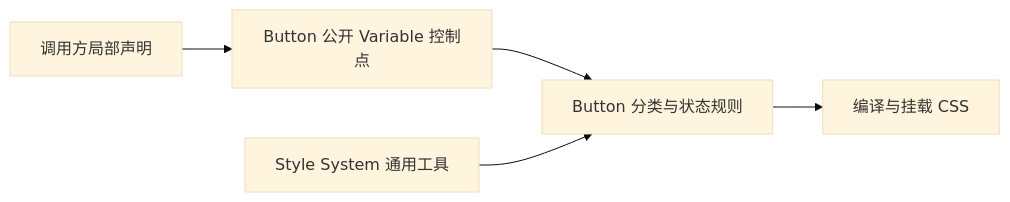
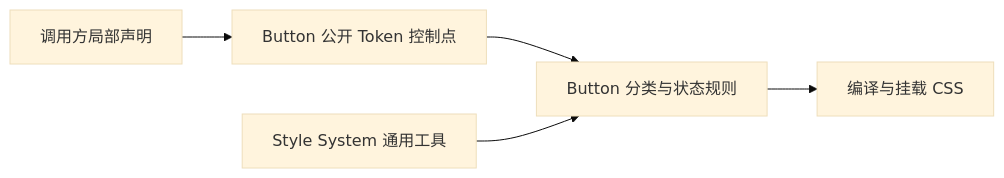
The diagram in docs/guide/Button基础组件.md (edsolater/uikit), drawn with Mermaid (base theme) before and after one commit. The commit also changed other lines of this file and 147 other files, not shown here.

````diff
--- a/docs/guide/Button基础组件.md
+++ b/docs/guide/Button基础组件.md
@@ -108,7 +112,7 @@
 ```mermaid
 flowchart LR
-  Caller[调用方局部声明] --> V[Button 公开 Variable 控制点]
+  Caller[调用方局部声明] --> V[Button 公开 Token 控制点]
   V --> R[Button 分类与状态规则]
   Tools[Style System 通用工具] --> R
   R --> CSS[编译与挂载 CSS]
 ```
````
